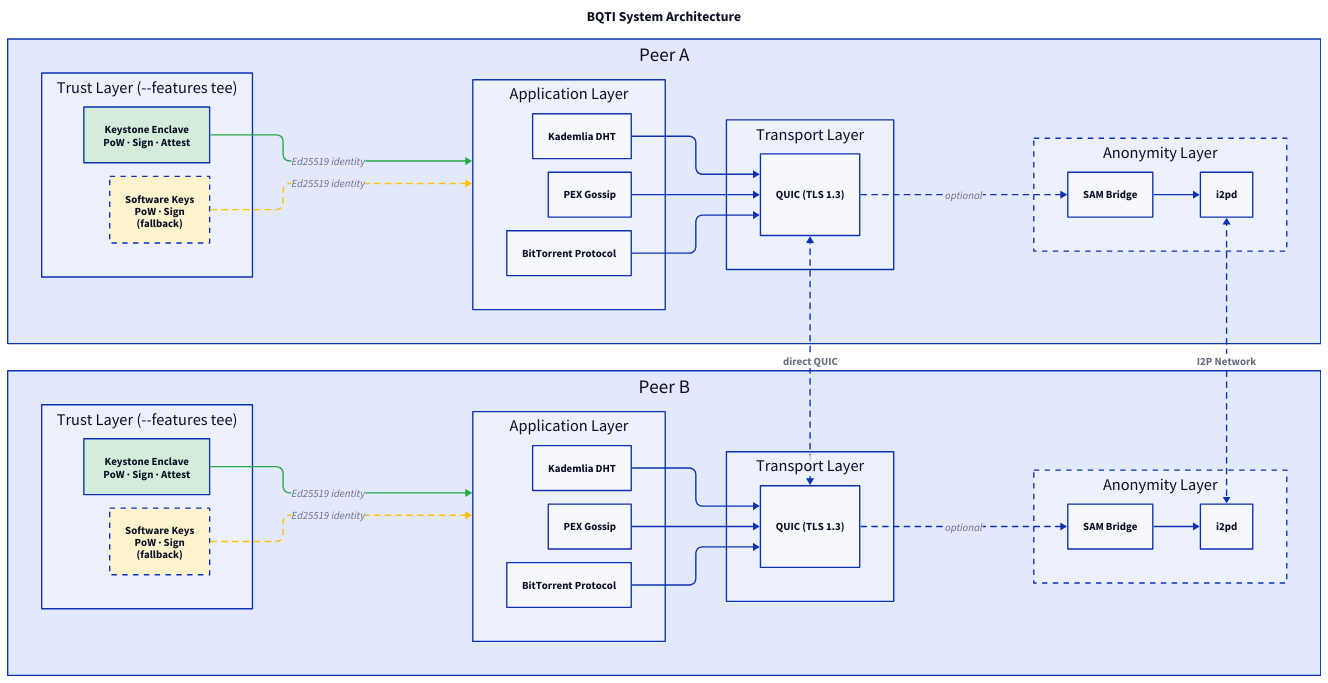
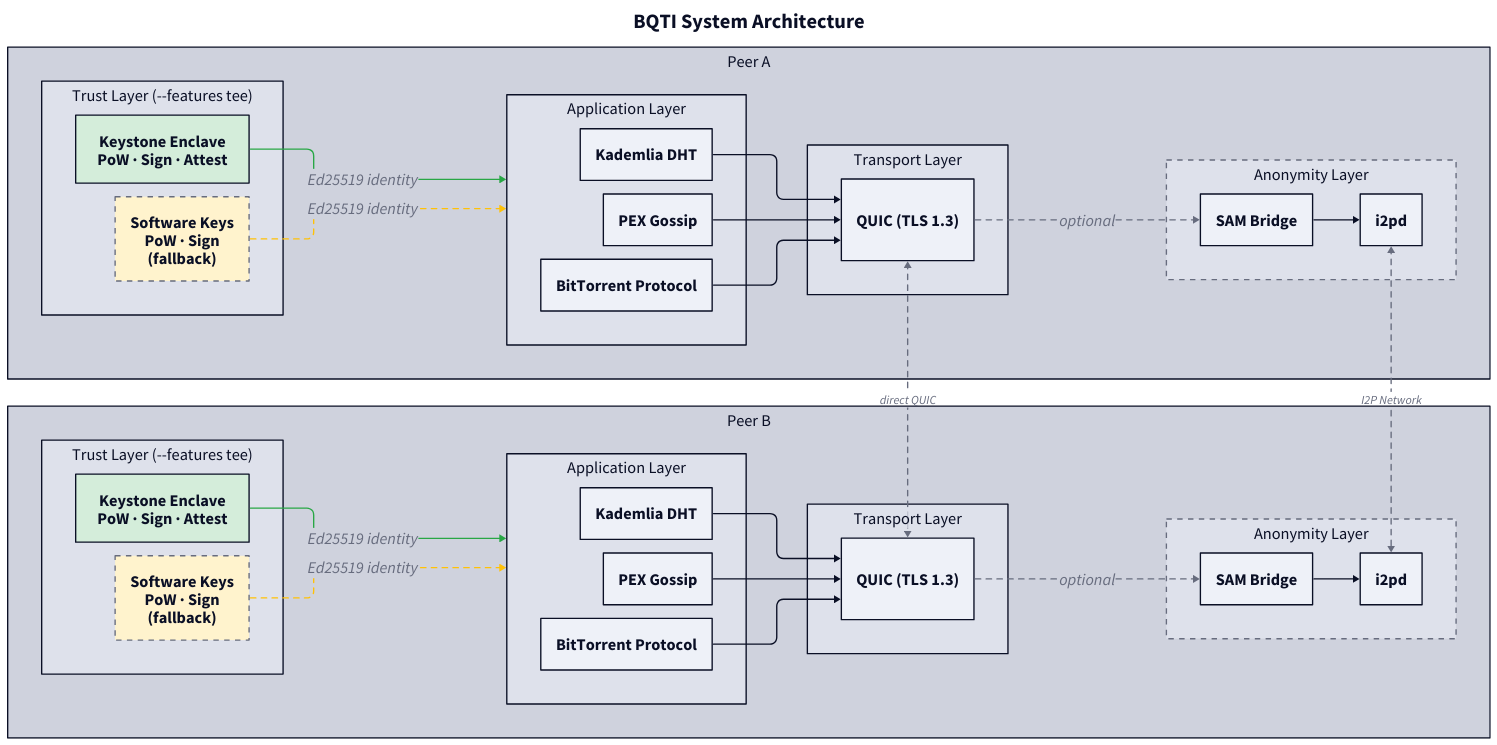
The diagram in Org/diagrams/architecture/global_arch.d2 (OnlyCavas/thesis), drawn with D2 before and after one commit. The commit also changed 18 other files, not shown here.

```diff
--- a/Org/diagrams/architecture/global_arch.d2
+++ b/Org/diagrams/architecture/global_arch.d2
@@ -1,116 +1,137 @@
-vars: {
-  d2-config: {
-    layout-engine: elk
-  }
-}
-
-grid-columns: 1
-
-title: BQTI System Architecture {
-  near: top-center
-  shape: text
-  style.font-size: 20
-  style.bold: true
-}
-
-peer_a: Peer A {
-  direction: right
-
-  trust: Trust Layer (--features tee) {
-    tee: Keystone Enclave\nPoW · Sign · Attest {
-      style.fill: "#d4edda"
-    }
-    soft: Software Keys\nPoW · Sign\n(fallback) {
-      style.fill: "#fff3cd"
-      style.stroke-dash: 4
+ vars: {
+    d2-config: {
+      layout-engine: elk
+      theme-id: 1
     }
   }
 
-  app: Application Layer {
-    dht: Kademlia DHT
-    pex: PEX Gossip
-    bep: BitTorrent Protocol
-  }
-  transport: Transport Layer {
-    quic: QUIC (TLS 1.3)
-  }
-  anon: Anonymity Layer {
-    style.stroke-dash: 4
-    sam: SAM Bridge
-    i2pd: i2pd
-    sam -> i2pd
+  grid-columns: 1
+
+  title: BQTI System Architecture {
+    near: top-center
+    shape: text
+    style.font-size: 30
+    style.bold: true
   }
 
-  trust.tee -> app: Ed25519 identity {
-    style.stroke: "#28a745"
-  }
-  trust.soft -> app: Ed25519 identity {
-    style.stroke-dash: 4
-    style.stroke: "#ffc107"
-  }
+  peer_a: Peer A {
+    direction: right
+    style.font-size: 24
 
-  app.dht -> transport.quic
-  app.pex -> transport.quic
-  app.bep -> transport.quic
+    trust: Trust Layer (--features tee) {
+      style.font-size: 24
+      tee: Keystone Enclave\nPoW · Sign · Attest {
+        style.fill: "#d4edda"
+        style.font-size: 24
+      }
+      soft: Software Keys\nPoW · Sign\n(fallback) {
+        style.fill: "#fff3cd"
+        style.stroke-dash: 4
+        style.font-size: 24
+      }
+    }
 
-  transport.quic -> anon.sam: optional {
-    style.stroke-dash: 4
-  }
-}
+    app: Application Layer {
+      style.font-size: 24
+      dht: Kademlia DHT { style.font-size: 24 }
+      pex: PEX Gossip { style.font-size: 24 }
+      bep: BitTorrent Protocol { style.font-size: 24 }
+    }
+    transport: Transport Layer {
+      style.font-size: 24
+      quic: QUIC (TLS 1.3) { style.font-size: 24 }
+    }
+    anon: Anonymity Layer {
+      style.stroke-dash: 4
+      style.font-size: 24
+      sam: SAM Bridge { style.font-size: 24 }
+      i2pd: i2pd { style.font-size: 24 }
+      sam -> i2pd
+    }
 
-peer_b: Peer B {
-  direction: right
+    trust.tee -> app: Ed25519 identity {
+      style.stroke: "#28a745"
+      style.font-size: 24
+    }
+    trust.soft -> app: Ed25519 identity {
+      style.stroke-dash: 4
+      style.stroke: "#ffc107"
+      style.font-size: 24
+    }
 
-  trust: Trust Layer (--features tee) {
-    tee: Keystone Enclave\nPoW · Sign · Attest {
-      style.fill: "#d4edda"
-    }
-    soft: Software Keys\nPoW · Sign\n(fallback) {
-      style.fill: "#fff3cd"
+    app.dht -> transport.quic
+    app.pex -> transport.quic
+    app.bep -> transport.quic
+
+    transport.quic -> anon.sam: optional {
       style.stroke-dash: 4
+      style.font-size: 24
     }
   }
 
-  app: Application Layer {
-    dht: Kademlia DHT
-    pex: PEX Gossip
-    bep: BitTorrent Protocol
-  }
-  transport: Transport Layer {
-    quic: QUIC (TLS 1.3)
-  }
-  anon: Anonymity Layer {
-    style.stroke-dash: 4
-    sam: SAM Bridge
-    i2pd: i2pd
-    sam -> i2pd
+  peer_b: Peer B {
+    direction: right
+    style.font-size: 24
+
+    trust: Trust Layer (--features tee) {
+      style.font-size: 24
+      tee: Keystone Enclave\nPoW · Sign · Attest {
+        style.fill: "#d4edda"
+        style.font-size: 24
+      }
+      soft: Software Keys\nPoW · Sign\n(fallback) {
+        style.fill: "#fff3cd"
+        style.stroke-dash: 4
+        style.font-size: 24
+      }
+    }
+
+    app: Application Layer {
+      style.font-size: 24
+      dht: Kademlia DHT { style.font-size: 24 }
+      pex: PEX Gossip { style.font-size: 24 }
+      bep: BitTorrent Protocol { style.font-size: 24 }
+    }
+    transport: Transport Layer {
+      style.font-size: 24
+      quic: QUIC (TLS 1.3) { style.font-size: 24 }
+    }
+    anon: Anonymity Layer {
+      style.stroke-dash: 4
+      style.font-size: 24
+      sam: SAM Bridge { style.font-size: 24 }
+      i2pd: i2pd { style.font-size: 24 }
+      sam -> i2pd
+    }
+
+    trust.tee -> app: Ed25519 identity {
+      style.stroke: "#28a745"
+      style.font-size: 24
+    }
+    trust.soft -> app: Ed25519 identity {
+      style.stroke-dash: 4
+      style.stroke: "#ffc107"
+      style.font-size: 24
+    }
+
+    app.dht -> transport.quic
+    app.pex -> transport.quic
+    app.bep -> transport.quic
+
+    transport.quic -> anon.sam: optional {
+      style.stroke-dash: 4
+      style.font-size: 24
+    }
   }
 
-  trust.tee -> app: Ed25519 identity {
-    style.stroke: "#28a745"
-  }
-  trust.soft -> app: Ed25519 identity {
+  peer_a.transport.quic <-> peer_b.transport.quic: direct QUIC {
     style.stroke-dash: 4
-    style.stroke: "#ffc107"
+    style.font-size: 18
+    style.bold: false
   }
 
-  app.dht -> transport.quic
-  app.pex -> transport.quic
-  app.bep -> transport.quic
-
-  transport.quic -> anon.sam: optional {
+  peer_a.anon.i2pd <-> peer_b.anon.i2pd: I2P Network {
     style.stroke-dash: 4
+    style.font-size: 18
+    style.bold: false
   }
-}
-
-peer_a.transport.quic <-> peer_b.transport.quic: direct QUIC {
-  style.stroke-dash: 4
-  style.font-size: 16
-  style.bold: true
-}
-
-peer_a.anon.i2pd <-> peer_b.anon.i2pd: I2P Network {
-  style.stroke-dash: 4
-  style.font-size: 16
-  style.bold: true
-}
```
